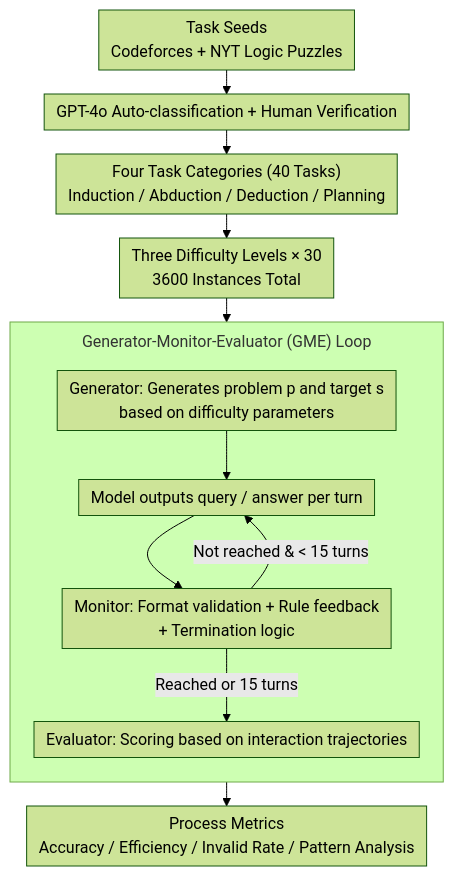
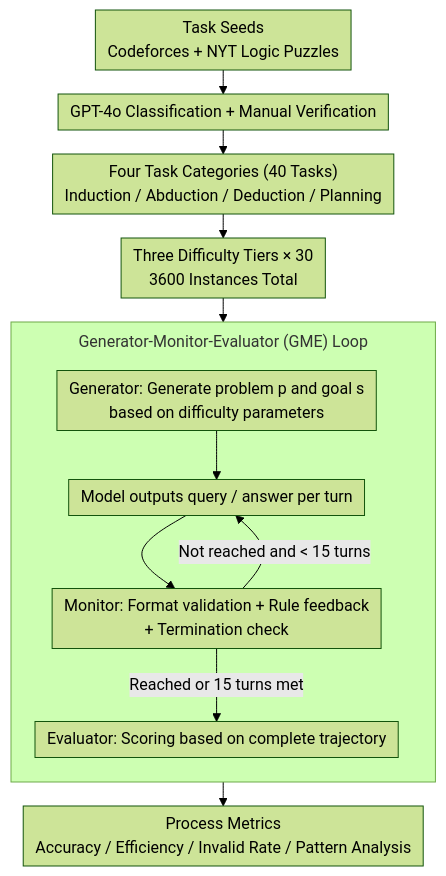
Before and after one commit to zhaoyang97/Paper-Notes-en: the diagram in docs/ACL2026/llm_reasoning/mtr-bench_a_comprehensive_benchmark_for_multi-turn_reasoning_evaluation.md, drawn with Mermaid (forest theme). The commit also changed other lines of this file and 5084 other files, not shown here.

````diff
--- a/docs/ACL2026/llm_reasoning/mtr-bench_a_comprehensive_benchmark_for_multi-turn_reasoning_evaluation.md
+++ b/docs/ACL2026/llm_reasoning/mtr-bench_a_comprehensive_benchmark_for_multi-turn_reasoning_evaluation.md
@@ -46,16 +46,16 @@
 ```mermaid
 %%{init: {'flowchart': {'rankSpacing': 24, 'nodeSpacing': 28, 'padding': 6, 'wrappingWidth': 400, 'subGraphTitleMargin': {'top': 8, 'bottom': 16}}}}%%
 flowchart TD
-    A["Task Seeds<br/>Codeforces + NYT Logic Puzzles"] --> B["GPT-4o Auto-classification + Human Verification"]
+    A["Task Seeds<br/>Codeforces + NYT Logic Puzzles"] --> B["GPT-4o Classification + Manual Verification"]
     B --> C["Four Task Categories (40 Tasks)<br/>Induction / Abduction / Deduction / Planning"]
-    C --> D["Three Difficulty Levels × 30<br/>3600 Instances Total"]
+    C --> D["Three Difficulty Tiers × 30<br/>3600 Instances Total"]
     subgraph LOOP["Generator-Monitor-Evaluator (GME) Loop"]
         direction TB
-        E["Generator: Generates problem p and target s<br/>based on difficulty parameters"] --> F["Model outputs query / answer per turn"]
-        F --> G["Monitor: Format validation + Rule feedback<br/>+ Termination logic"]
-        G -->|"Not reached & < 15 turns"| F
-        G -->|"Reached or 15 turns"| I["Evaluator: Scoring based on interaction trajectories"]
+        E["Generator: Generate problem p and goal s<br/>based on difficulty parameters"] --> F["Model outputs query / answer per turn"]
+        F --> G["Monitor: Format validation + Rule feedback<br/>+ Termination check"]
+        G -->|"Not reached and < 15 turns"| F
+        G -->|"Reached or 15 turns met"| I["Evaluator: Scoring based on complete trajectory"]
     end
     D --> E
     I --> H["Process Metrics<br/>Accuracy / Efficiency / Invalid Rate / Pattern Analysis"]
 ```
````
